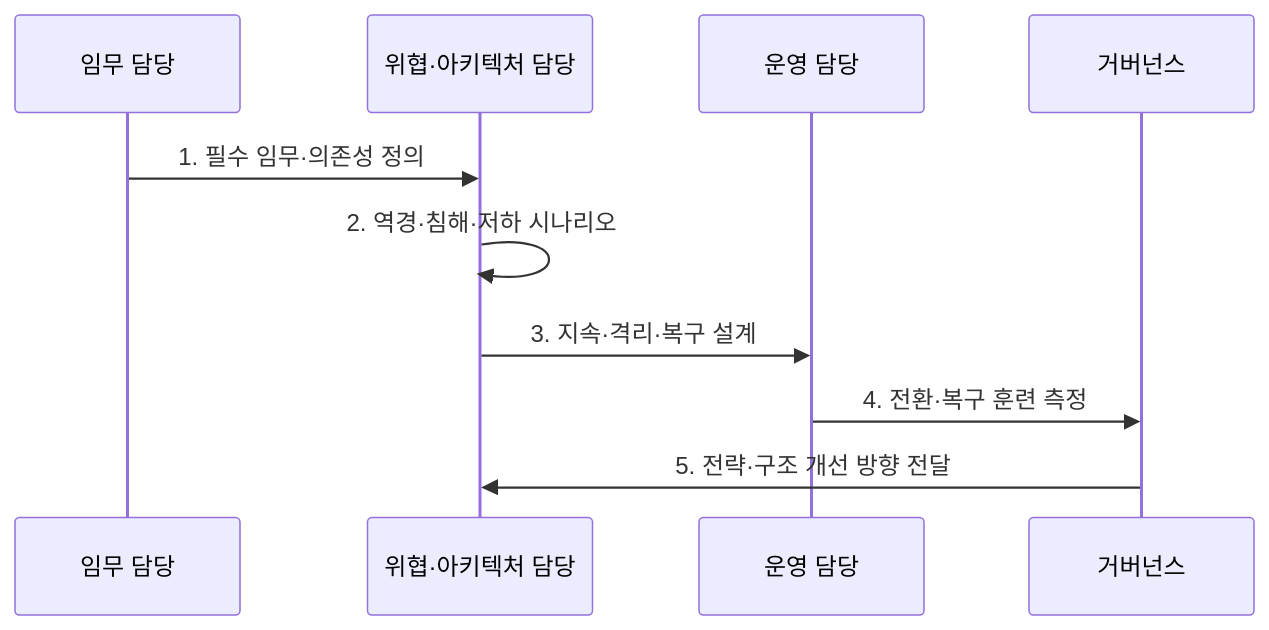
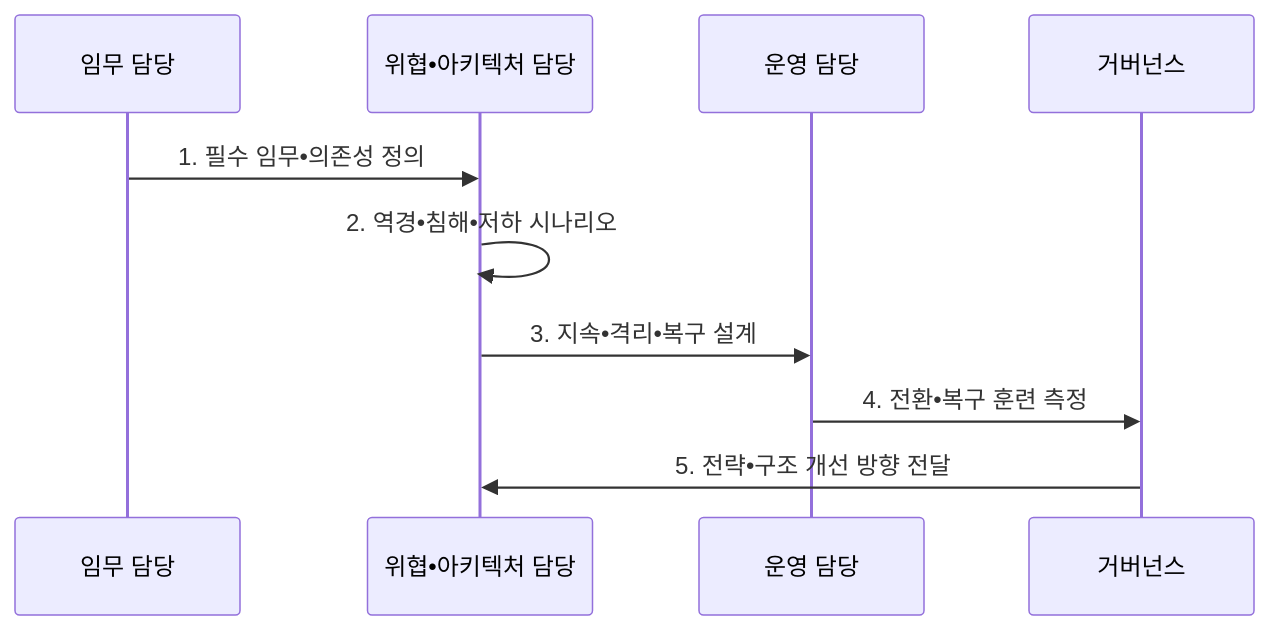
The second of 2 diagrams in src/content/docs/notes/05-security/119_cyber_resilience.md (agnusdei1207/knowledge-base), drawn with Mermaid before and after one commit. The commit also changed other lines of this file and 953 other files, not shown here.

````diff
--- a/src/content/docs/notes/05-security/119_cyber_resilience.md
+++ b/src/content/docs/notes/05-security/119_cyber_resilience.md
@@ -99,12 +99,12 @@
 ```mermaid
 sequenceDiagram
   participant M as 임무 담당
-  participant A as 위협·아키텍처 담당
+  participant A as 위협•아키텍처 담당
   participant O as 운영 담당
   participant G as 거버넌스
-  M->>A: 1. 필수 임무·의존성 정의
-  A->>A: 2. 역경·침해·저하 시나리오
-  A->>O: 3. 지속·격리·복구 설계
-  O->>G: 4. 전환·복구 훈련 측정
-  G->>A: 5. 전략·구조 개선 방향 전달
+  M->>A: 1. 필수 임무•의존성 정의
+  A->>A: 2. 역경•침해•저하 시나리오
+  A->>O: 3. 지속•격리•복구 설계
+  O->>G: 4. 전환•복구 훈련 측정
+  G->>A: 5. 전략•구조 개선 방향 전달
 ```
````
